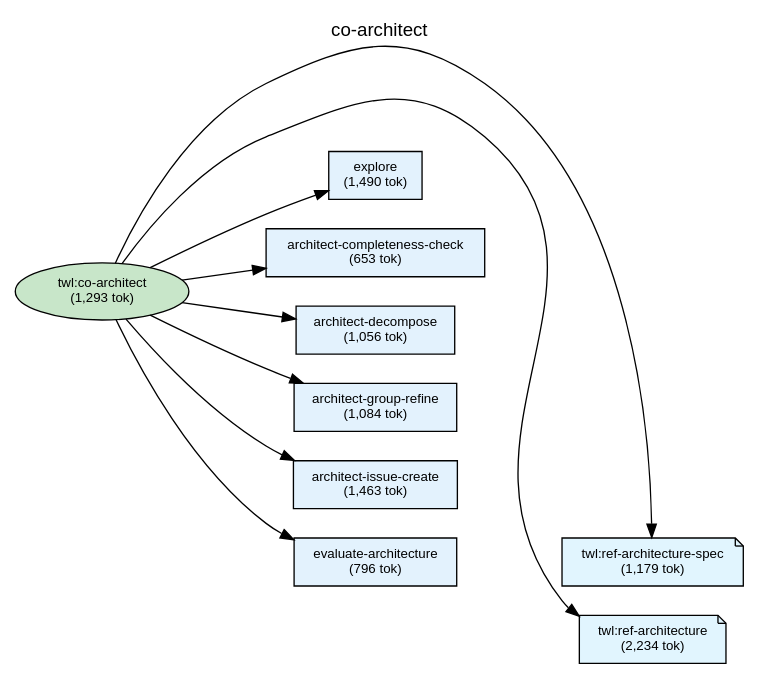
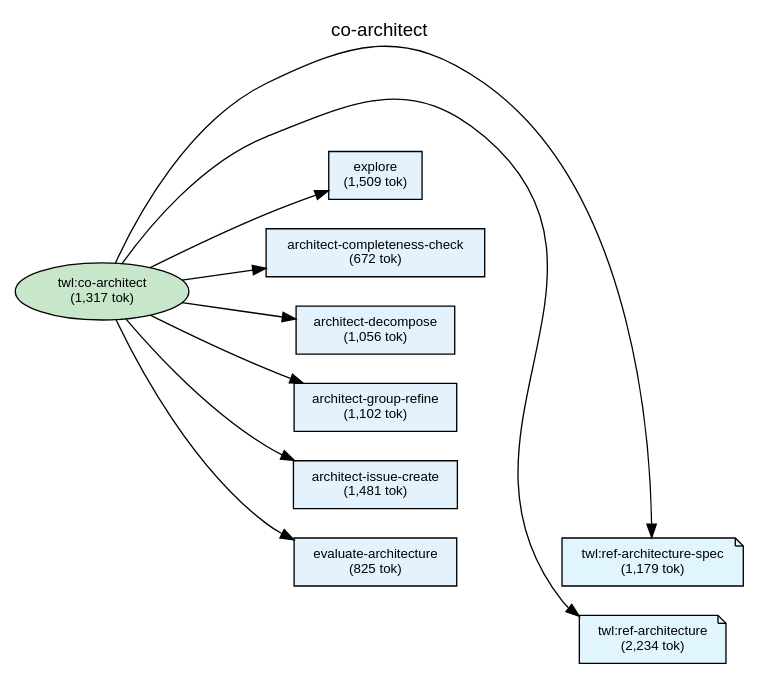
The diagram in plugins/twl/docs/deps-co-architect.dot (shuu5/twill), drawn with Graphviz before and after one commit. The commit also changed 43 other files, not shown here.

```diff
--- a/plugins/twl/docs/deps-co-architect.dot
+++ b/plugins/twl/docs/deps-co-architect.dot
@@ -1,64 +1,64 @@
 digraph Dependencies {
     // Graph settings
     rankdir=LR;
     ranksep=0.8;
     nodesep=0.3;
     fontname="Helvetica";
     node [fontname="Helvetica", fontsize=10];
     edge [fontname="Helvetica", fontsize=9];
     label="co-architect";
     labelloc=t;
     fontsize=14;
 
     // L0: Controller Skills
-    skill_co_architect [label="twl:co-architect\n(1,293 tok)", shape=ellipse, style=filled, fillcolor="#c8e6c9"];
+    skill_co_architect [label="twl:co-architect\n(1,317 tok)", shape=ellipse, style=filled, fillcolor="#c8e6c9"];
 
     // L0: Launchers
 
     // L0.5: Workflow Skills
 
     // Reference Skills
     skill_ref_architecture [label="twl:ref-architecture\n(2,234 tok)", shape=note, style=filled, fillcolor="#e1f5fe"];
     skill_ref_architecture_spec [label="twl:ref-architecture-spec\n(1,179 tok)", shape=note, style=filled, fillcolor="#e1f5fe"];
 
     // L1: Direct Commands
-    cmd_architect_completeness_check [label="architect-completeness-check\n(653 tok)", shape=box, style=filled, fillcolor="#e3f2fd"];
+    cmd_architect_completeness_check [label="architect-completeness-check\n(672 tok)", shape=box, style=filled, fillcolor="#e3f2fd"];
     cmd_architect_decompose [label="architect-decompose\n(1,056 tok)", shape=box, style=filled, fillcolor="#e3f2fd"];
-    cmd_architect_group_refine [label="architect-group-refine\n(1,084 tok)", shape=box, style=filled, fillcolor="#e3f2fd"];
-    cmd_architect_issue_create [label="architect-issue-create\n(1,463 tok)", shape=box, style=filled, fillcolor="#e3f2fd"];
-    cmd_evaluate_architecture [label="evaluate-architecture\n(796 tok)", shape=box, style=filled, fillcolor="#e3f2fd"];
-    cmd_explore [label="explore\n(1,490 tok)", shape=box, style=filled, fillcolor="#e3f2fd"];
+    cmd_architect_group_refine [label="architect-group-refine\n(1,102 tok)", shape=box, style=filled, fillcolor="#e3f2fd"];
+    cmd_architect_issue_create [label="architect-issue-create\n(1,481 tok)", shape=box, style=filled, fillcolor="#e3f2fd"];
+    cmd_evaluate_architecture [label="evaluate-architecture\n(825 tok)", shape=box, style=filled, fillcolor="#e3f2fd"];
+    cmd_explore [label="explore\n(1,509 tok)", shape=box, style=filled, fillcolor="#e3f2fd"];
 
     // L2: Sub Commands
 
     // L3: Agents
 
     // L3.5: Scripts
 
     // L4: External
 
     // Layer constraints
     { rank=same; skill_co_architect; }
     { rank=same; skill_ref_architecture; skill_ref_architecture_spec; }
     { rank=same; cmd_architect_completeness_check; cmd_architect_decompose; cmd_architect_group_refine; cmd_architect_issue_create; cmd_evaluate_architecture; cmd_explore; }
 
     // Edges
     skill_co_architect -> cmd_explore;
     skill_co_architect -> cmd_architect_completeness_check;
     skill_co_architect -> cmd_architect_decompose;
     skill_co_architect -> cmd_architect_group_refine;
     skill_co_architect -> cmd_architect_issue_create;
     skill_co_architect -> cmd_evaluate_architecture;
     skill_co_architect -> skill_ref_architecture_spec;
     skill_co_architect -> skill_ref_architecture;
 
     // Ordering constraints (invisible edges)
     cmd_explore -> cmd_architect_completeness_check [style=invis, weight=10];
     cmd_architect_completeness_check -> cmd_architect_decompose [style=invis, weight=10];
     cmd_architect_decompose -> cmd_architect_group_refine [style=invis, weight=10];
     cmd_architect_group_refine -> cmd_architect_issue_create [style=invis, weight=10];
     cmd_architect_issue_create -> cmd_evaluate_architecture [style=invis, weight=10];
     cmd_evaluate_architecture -> skill_ref_architecture_spec [style=invis, weight=10];
     skill_ref_architecture_spec -> skill_ref_architecture [style=invis, weight=10];
 
 }
```
